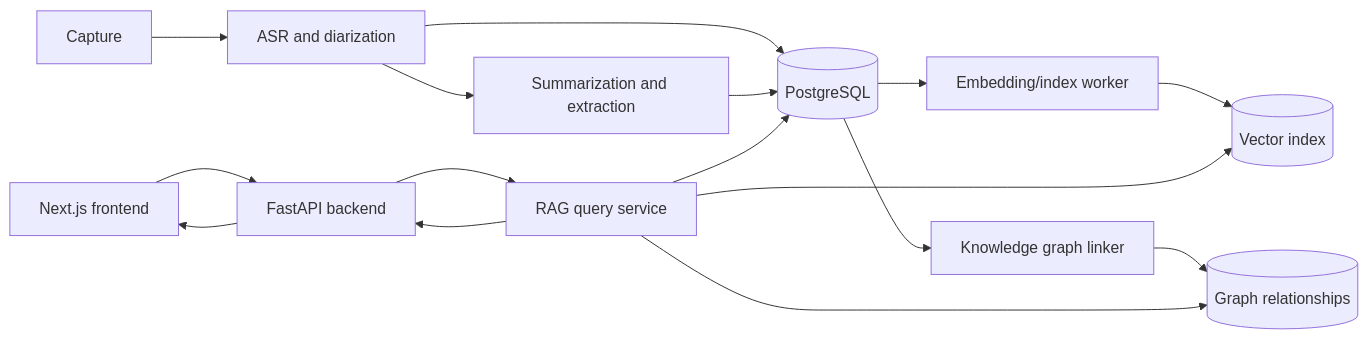
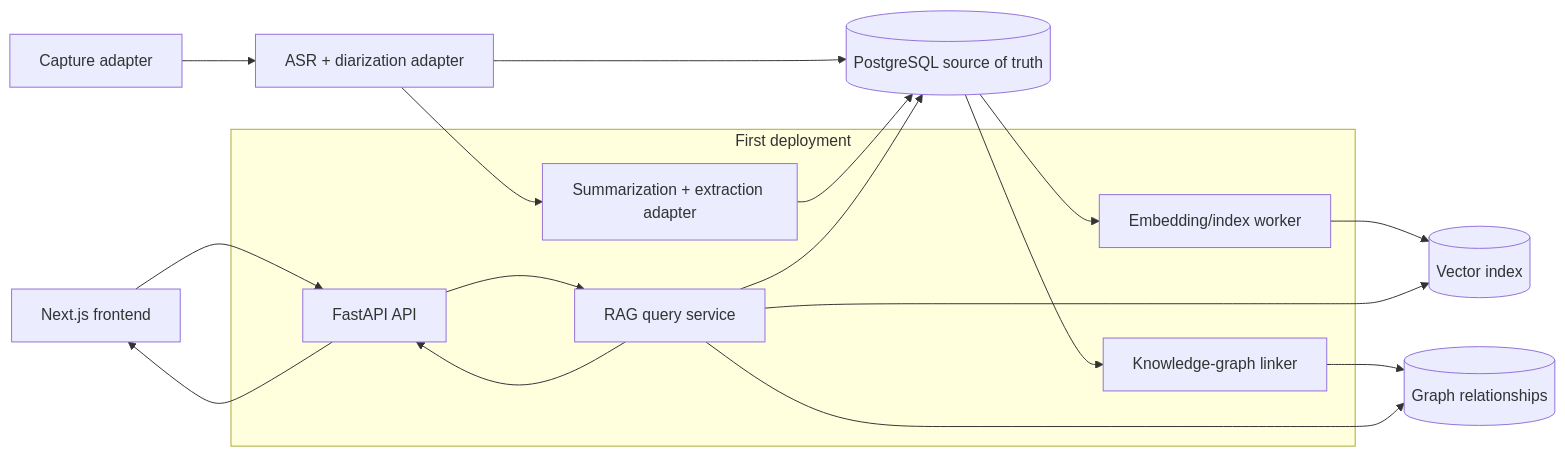
The first of 4 diagrams in weekly/harsh/week_03_architecture-docs-diagrams.md (Harsh-Vardhan-Kharol/ai-video-summary-generator), drawn with Mermaid before and after one commit. The commit also changed other lines of this file and 21 other files, not shown here.

````diff
--- a/weekly/harsh/week_03_architecture-docs-diagrams.md
+++ b/weekly/harsh/week_03_architecture-docs-diagrams.md
@@ -20,18 +30,26 @@
 ```mermaid
 flowchart LR
-    C[Capture] --> A[ASR and diarization]
-    A --> N[Summarization and extraction]
-    A --> S[(PostgreSQL)]
+    C[Capture adapter] --> A[ASR + diarization adapter]
+    A --> N[Summarization + extraction adapter]
+    A --> S[(PostgreSQL source of truth)]
     N --> S
     S --> E[Embedding/index worker]
     E --> V[(Vector index)]
-    S --> G[Knowledge graph linker]
+    S --> G[Knowledge-graph linker]
     G --> K[(Graph relationships)]
-    F[Next.js frontend] --> B[FastAPI backend]
+    F[Next.js frontend] --> B[FastAPI API]
     B --> R[RAG query service]
     R --> S
     R --> V
     R --> K
     R --> B
     B --> F
+
+    subgraph First deployment
+      B
+      N
+      E
+      G
+      R
+    end
 ```
````
